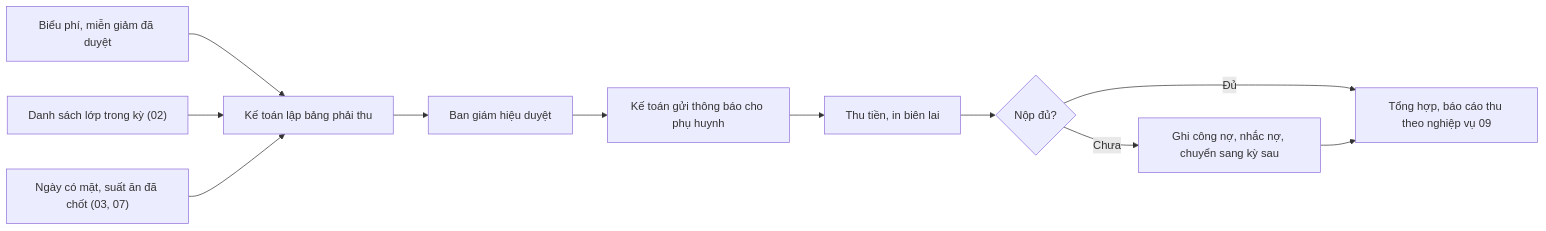
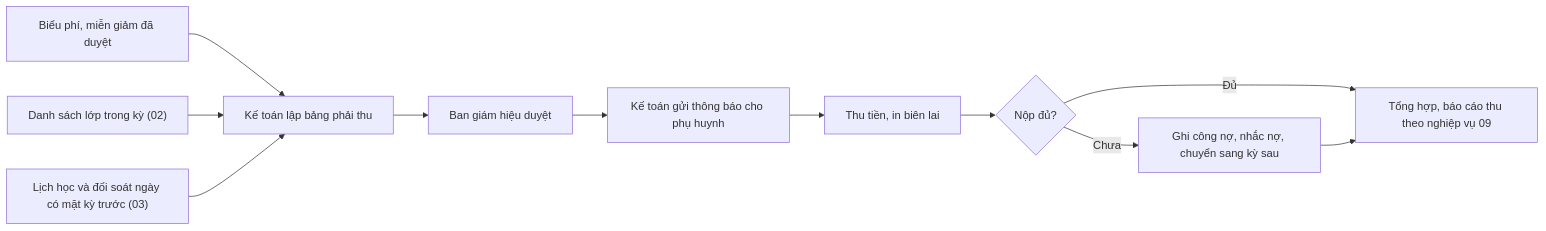
One commit to CAMEL1204/Kindergarten-Management-System changed the diagram in docs/survey/06-tuition-management.md. Above: the diagram before and after it, drawn with Mermaid. The commit also changed other lines of this file and 13 other files, not shown here.

````diff
--- a/docs/survey/06-tuition-management.md
+++ b/docs/survey/06-tuition-management.md
@@ -28,13 +28,13 @@
 ```mermaid
 flowchart LR
     A["Biểu phí, miễn giảm đã duyệt"] --> D["Kế toán lập bảng phải thu"]
     B["Danh sách lớp trong kỳ (02)"] --> D
-    C["Ngày có mặt, suất ăn đã chốt (03, 07)"] --> D
+    C["Lịch học và đối soát ngày có mặt kỳ trước (03)"] --> D
     D --> E["Ban giám hiệu duyệt"]
     E --> F["Kế toán gửi thông báo cho phụ huynh"]
     F --> G["Thu tiền, in biên lai"]
     G --> H{"Nộp đủ?"}
     H -- "Chưa" --> I["Ghi công nợ, nhắc nợ, chuyển sang kỳ sau"]
     H -- "Đủ" --> J["Tổng hợp, báo cáo thu theo nghiệp vụ 09"]
     I --> J
 ```
````
